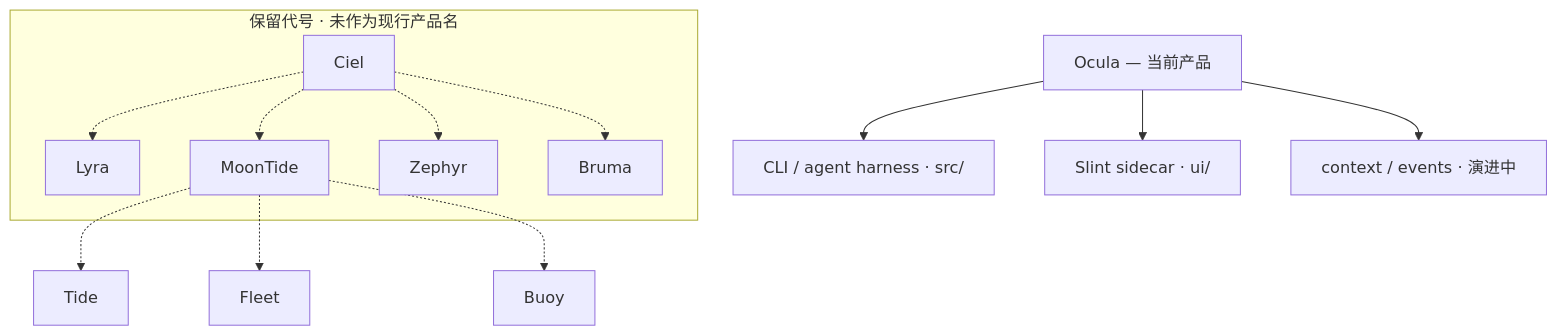
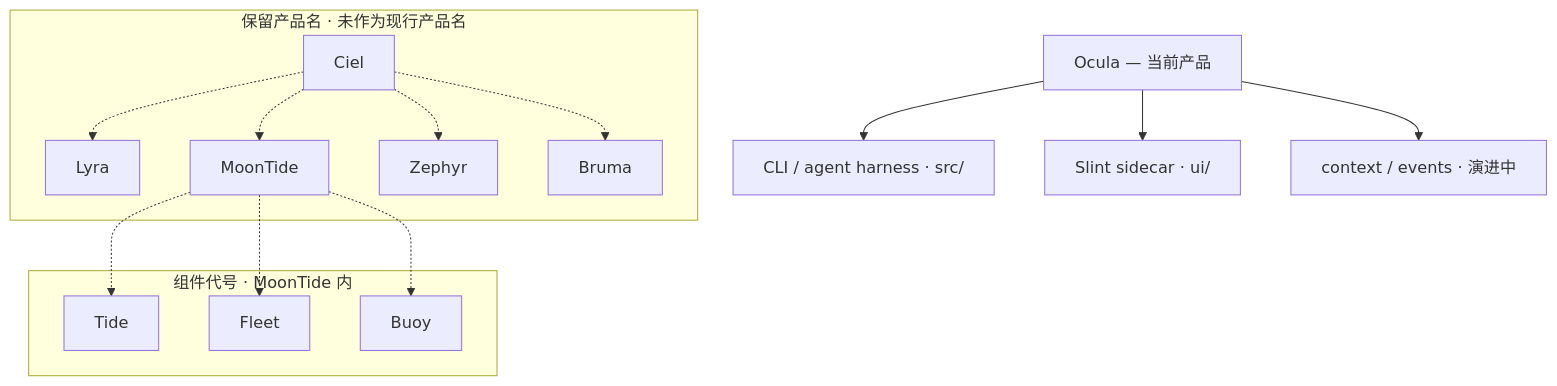
The diagram in docs/product/vision.md (chendpoc/moontide), drawn with Mermaid before and after one commit. The commit also changed other lines of this file and 142 other files, not shown here.

````diff
--- a/docs/product/vision.md
+++ b/docs/product/vision.md
@@ -29,23 +42,29 @@
 ```mermaid
 flowchart TB
   Now["Ocula — 当前产品"]
   Now --> CLI["CLI / agent harness · src/"]
   Now --> UI["Slint sidecar · ui/"]
   Now --> Ctx["context / events · 演进中"]
 
-  subgraph reserved [保留代号 · 未作为现行产品名]
+  subgraph products [保留产品名 · 未作为现行产品名]
     Ciel["Ciel"]
     Lyra["Lyra"]
     MoonTide["MoonTide"]
     Zephyr["Zephyr"]
     Bruma["Bruma"]
   end
 
+  subgraph panels [组件代号 · MoonTide 内]
+    Tide["Tide"]
+    Fleet["Fleet"]
+    Buoy["Buoy"]
+  end
+
   Ciel -.-> Lyra
   Ciel -.-> MoonTide
   Ciel -.-> Zephyr
   Ciel -.-> Bruma
-  MoonTide -.-> Tide["Tide"]
-  MoonTide -.-> Fleet["Fleet"]
-  MoonTide -.-> Buoy["Buoy"]
+  MoonTide -.-> Tide
+  MoonTide -.-> Fleet
+  MoonTide -.-> Buoy
 ```
````
